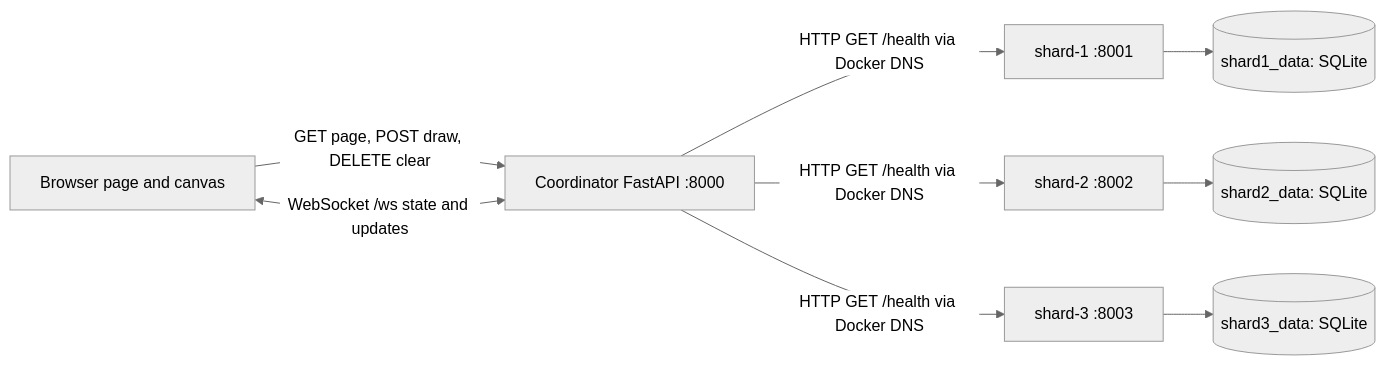
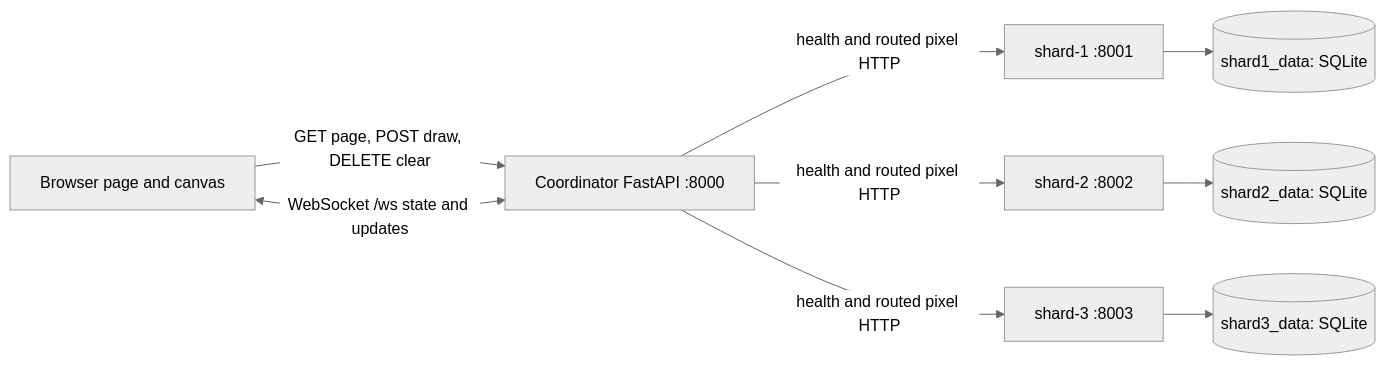
The diagram in FOLLOW_ALONG.md (Vidur-Shah04/Collaborative-Pixel-Canvas), drawn with Mermaid (neutral theme) before and after one commit. The commit also changed other lines of this file and 17 other files, not shown here.

````diff
--- a/FOLLOW_ALONG.md
+++ b/FOLLOW_ALONG.md
@@ -116,11 +118,11 @@
 ```mermaid
 flowchart LR
     Browser[Browser page and canvas] -->|GET page, POST draw, DELETE clear| Coordinator[Coordinator FastAPI :8000]
     Browser <-->|WebSocket /ws state and updates| Coordinator
-    Coordinator -->|HTTP GET /health via Docker DNS| S1[shard-1 :8001]
-    Coordinator -->|HTTP GET /health via Docker DNS| S2[shard-2 :8002]
-    Coordinator -->|HTTP GET /health via Docker DNS| S3[shard-3 :8003]
+    Coordinator -->|health and routed pixel HTTP| S1[shard-1 :8001]
+    Coordinator -->|health and routed pixel HTTP| S2[shard-2 :8002]
+    Coordinator -->|health and routed pixel HTTP| S3[shard-3 :8003]
     S1 --> DB1[(shard1_data: SQLite)]
     S2 --> DB2[(shard2_data: SQLite)]
     S3 --> DB3[(shard3_data: SQLite)]
 ```
````
